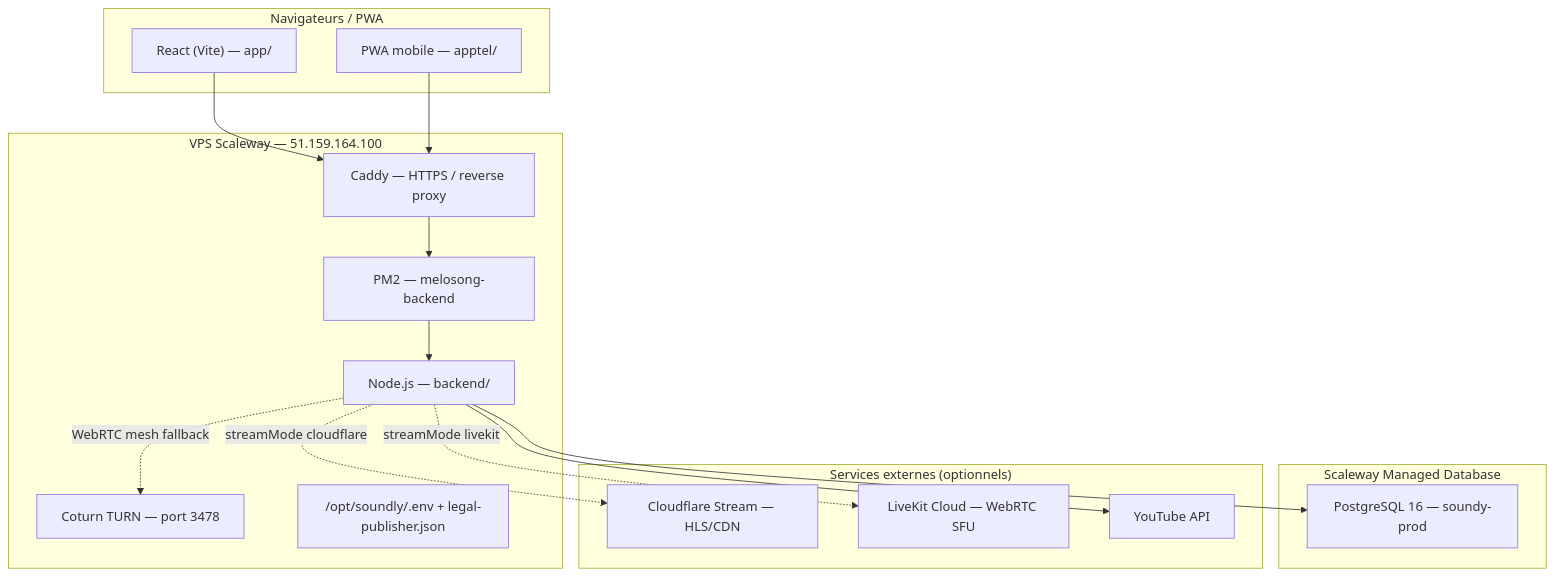
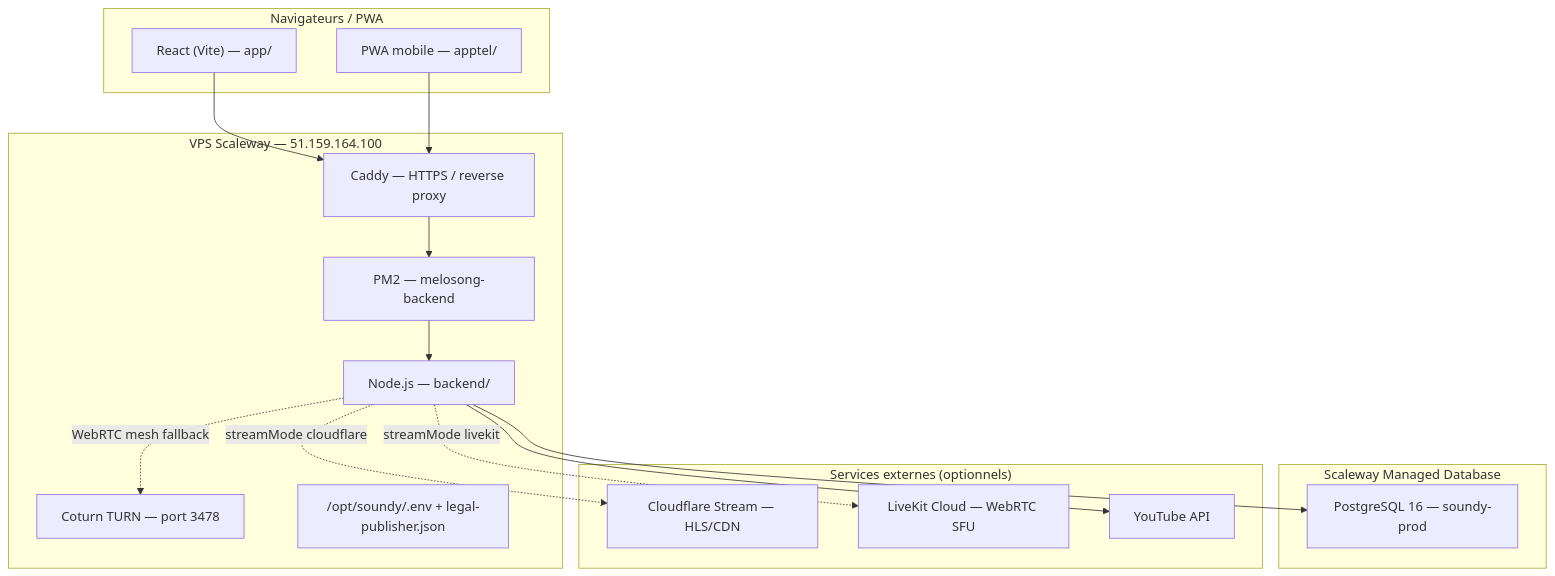
The first of 2 diagrams in docs/COUT-APPLICATION.md (valentingoulven-creator/OnScen), drawn with Mermaid before and after one commit. The commit also changed other lines of this file and 512 other files, not shown here.

````diff
--- a/docs/COUT-APPLICATION.md
+++ b/docs/COUT-APPLICATION.md
@@ -17,35 +17,35 @@
 ```mermaid
 flowchart TB
   subgraph Client["Navigateurs / PWA"]
     Web["React (Vite) — app/"]
     Tel["PWA mobile — apptel/"]
   end
 
   subgraph VPS["VPS Scaleway — 51.159.164.100"]
     Caddy["Caddy — HTTPS / reverse proxy"]
     PM2["PM2 — melosong-backend"]
     Node["Node.js — backend/"]
     Coturn["Coturn TURN — port 3478"]
-    Data["/opt/soundly/.env + legal-publisher.json"]
+    Data["/opt/soundy/.env + legal-publisher.json"]
   end
 
   subgraph DB["Scaleway Managed Database"]
     PG["PostgreSQL 16 — soundy-prod"]
   end
 
   subgraph External["Services externes (optionnels)"]
     CF["Cloudflare Stream — HLS/CDN"]
     LK["LiveKit Cloud — WebRTC SFU"]
     YT["YouTube API"]
   end
 
   Web --> Caddy
   Tel --> Caddy
   Caddy --> PM2
   PM2 --> Node
   Node --> PG
   Node -.->|WebRTC mesh fallback| Coturn
   Node -.->|streamMode cloudflare| CF
   Node -.->|streamMode livekit| LK
   Node --> YT
 ```
````
